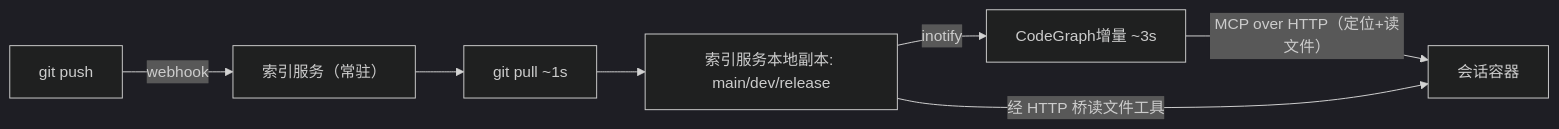
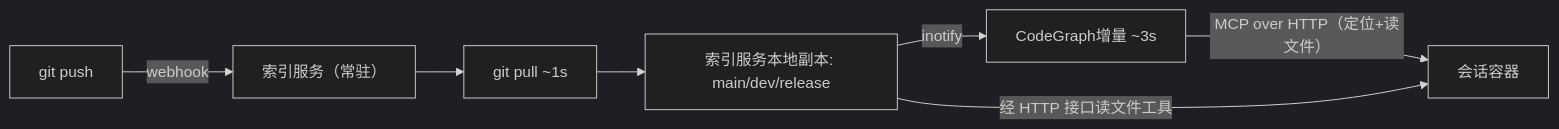
The third of 3 diagrams in docs/design/architecture-overview_zh.md (ddpie/source-truth), drawn with Mermaid (dark theme) before and after one commit. The commit also changed other lines of this file and 17 other files, not shown here.

````diff
--- a/docs/design/architecture-overview_zh.md
+++ b/docs/design/architecture-overview_zh.md
@@ -97,9 +97,9 @@
 ```mermaid
 graph LR
     PUSH[git push] -->|"webhook"| SVC["索引服务（常驻）"]
     SVC --> PULL["git pull ~1s"]
     PULL --> WT["索引服务本地副本: main/dev/release"]
     WT -->|"inotify"| IDX["CodeGraph增量 ~3s"]
     IDX -->|"MCP over HTTP（定位+读文件）"| VM["会话容器"]
-    WT -->|"经 HTTP 桥读文件工具"| VM
+    WT -->|"经 HTTP 接口读文件工具"| VM
 ```
````
